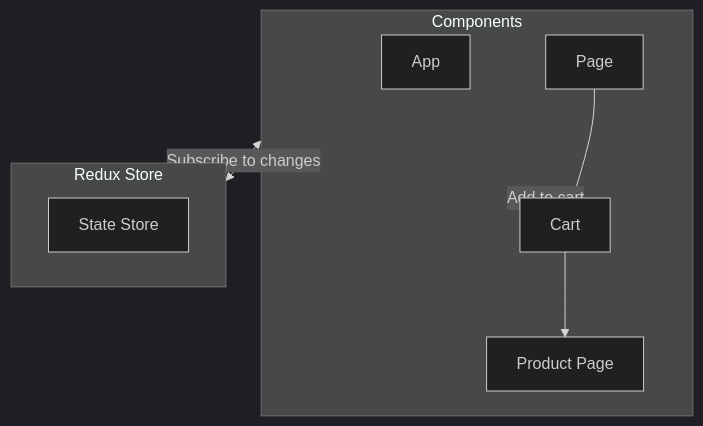
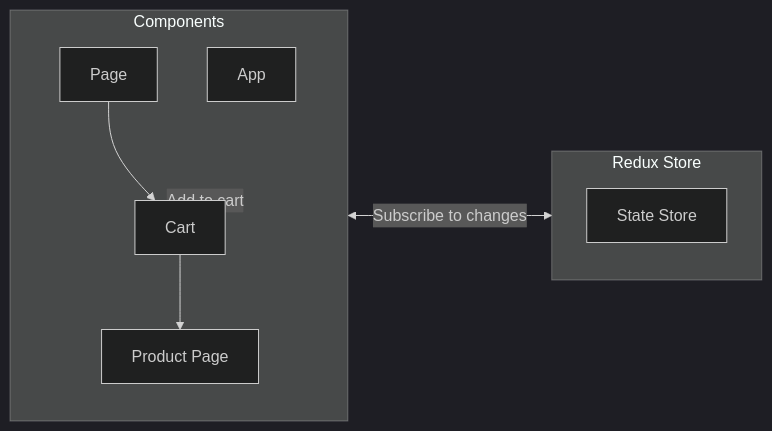
One commit to oreximus/learnings changed the second of 2 diagrams in InformationTechnology/WebDevelopment/redux.md. Above: the diagram before and after it, drawn with Mermaid (dark theme).

Commit message:
[nb] Edit: InformationTechnology/WebDevelopment/redux.md

````diff
--- a/InformationTechnology/WebDevelopment/redux.md
+++ b/InformationTechnology/WebDevelopment/redux.md
@@ -40,14 +40,14 @@
 ```mermaid
-flowchart TD
+flowchart LR
     subgraph id1["Components"]
+    direction TB
     A["App"]
         B["Page"] --> C["Cart"]
         C --> D["Product Page"]
     end
     subgraph id2["Redux Store"]
     F["State Store"]
     end
-    direction LR
     id1 <-- "Subscribe to changes" --> id2
     id1 <-- "Add to cart" --> C
 ```
````
